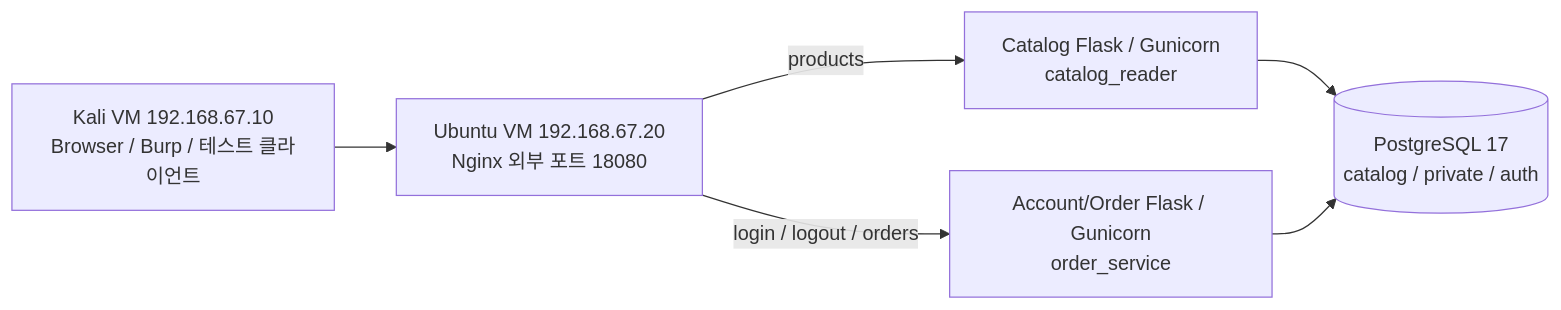
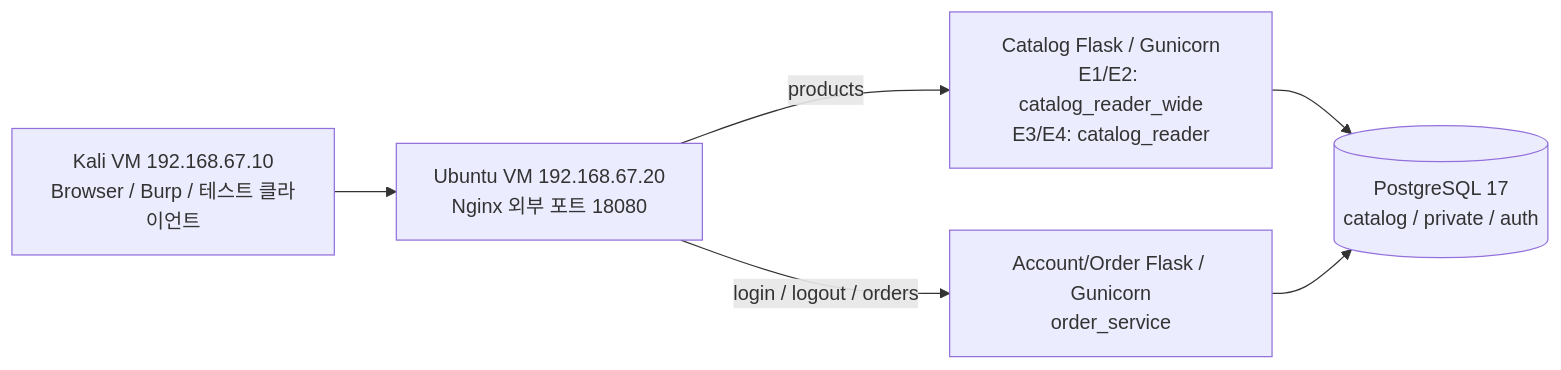
Before and after one commit to yeoncheol525/WebSecurity: the diagram in docs/architecture.md, drawn with Mermaid. The commit also changed other lines of this file and 27 other files, not shown here.

````diff
--- a/docs/architecture.md
+++ b/docs/architecture.md
@@ -3,13 +3,13 @@
 ```mermaid
 flowchart LR
     Client[Kali VM 192.168.67.10<br/>Browser / Burp / 테스트 클라이언트]
     N[Ubuntu VM 192.168.67.20<br/>Nginx 외부 포트 18080]
-    C[Catalog Flask / Gunicorn<br/>catalog_reader]
+    C[Catalog Flask / Gunicorn<br/>E1/E2: catalog_reader_wide<br/>E3/E4: catalog_reader]
     O[Account/Order Flask / Gunicorn<br/>order_service]
     DB[(PostgreSQL 17<br/>catalog / private / auth)]
     Client --> N
     N -->|products| C
     N -->|login / logout / orders| O
     C --> DB
     O --> DB
 ```
````
